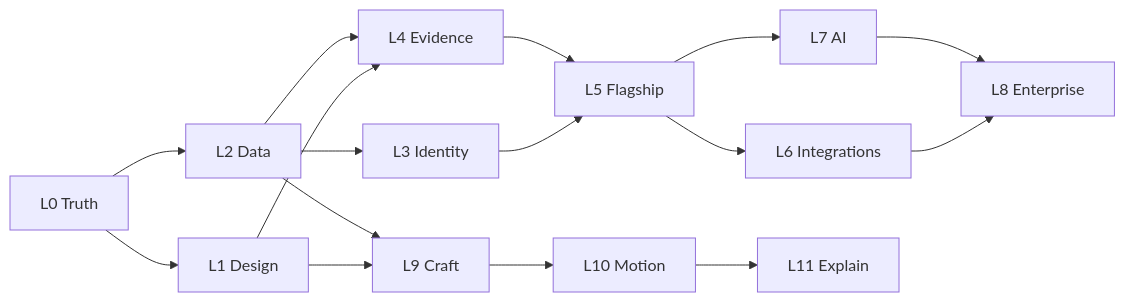
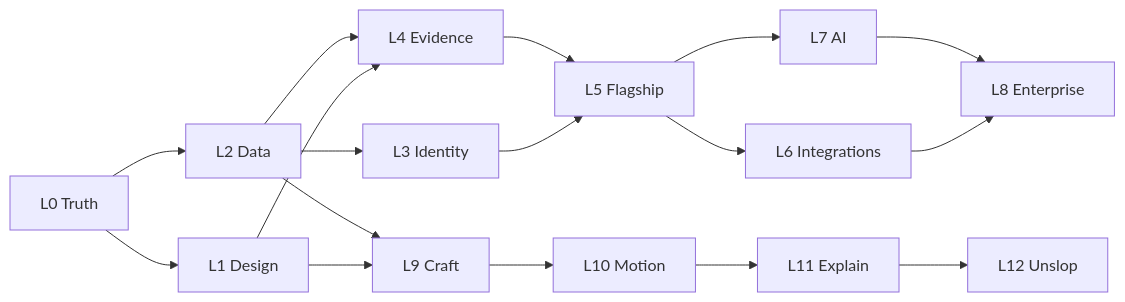
Before and after one commit to houssem98/onward-spark-studio: the diagram in docs/LOOP_GRAPH.md, drawn with Mermaid. The commit also changed other lines of this file and 2 other files, not shown here.

First line of the commit message:
loop(L12): plan the unslop fixes as a design-track loop after L11

````diff
--- a/docs/LOOP_GRAPH.md
+++ b/docs/LOOP_GRAPH.md
@@ -39,18 +40,19 @@
 ```mermaid
 flowchart LR
   L0[L0 Truth] --> L1[L1 Design]
   L0 --> L2[L2 Data]
   L2 --> L3[L3 Identity]
   L1 --> L4[L4 Evidence]
   L2 --> L4
   L3 --> L5[L5 Flagship]
   L4 --> L5
   L5 --> L6[L6 Integrations]
   L5 --> L7[L7 AI]
   L6 --> L8[L8 Enterprise]
   L7 --> L8
   L1 --> L9[L9 Craft]
   L2 --> L9
   L9 --> L10[L10 Motion]
   L10 --> L11[L11 Explain]
+  L11 --> L12[L12 Unslop]
 ```
````
